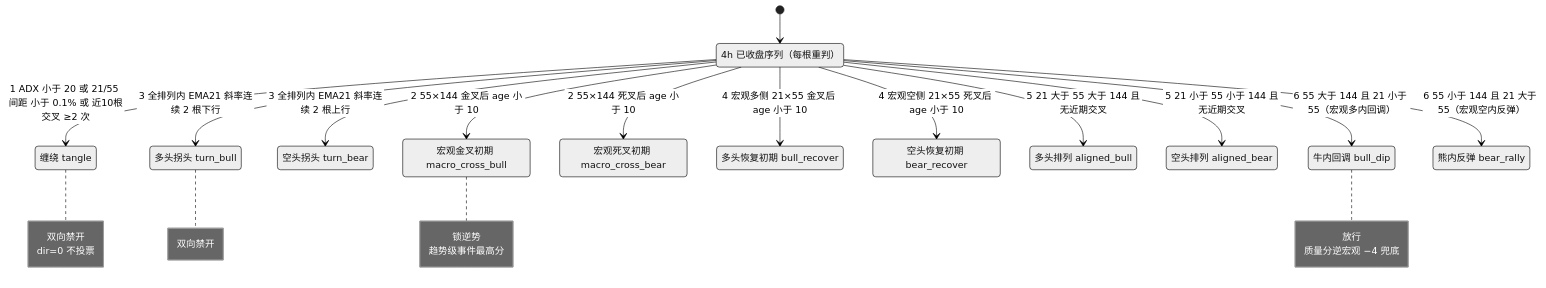
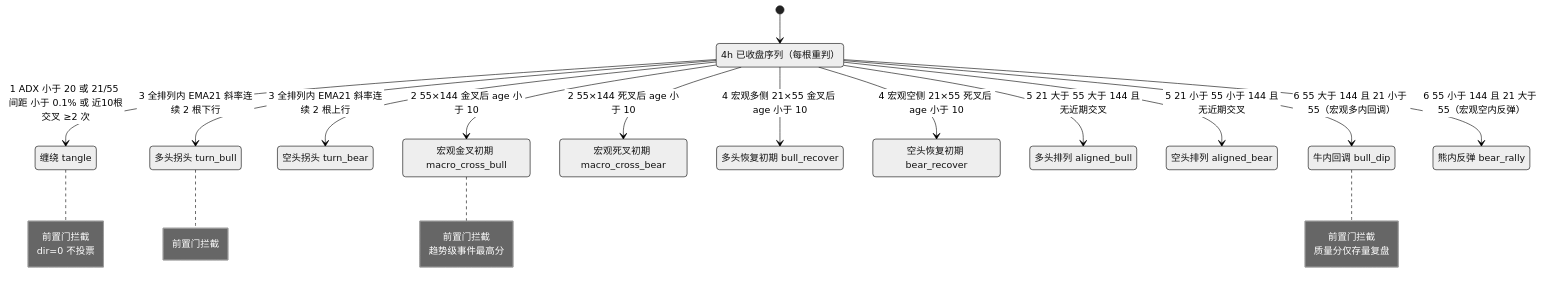
One commit to wwei-github/trading-workbench changed the second of 4 diagrams in docs/信号与形态/13-4H背景排列强度判定.md. Above: the diagram before and after it, drawn with Mermaid (neutral theme). The commit also changed other lines of this file and 24 other files, not shown here.

````diff
--- a/docs/信号与形态/13-4H背景排列强度判定.md
+++ b/docs/信号与形态/13-4H背景排列强度判定.md
@@ -96,35 +96,35 @@
 ```mermaid
 stateDiagram-v2
     direction TB
     state "4h 已收盘序列（每根重判）" as E
     [*] --> E
 
     state "缠绕 tangle" as tangle
     state "多头拐头 turn_bull" as turn_bull
     state "空头拐头 turn_bear" as turn_bear
     state "宏观金叉初期 macro_cross_bull" as macro_cross_bull
     state "宏观死叉初期 macro_cross_bear" as macro_cross_bear
     state "多头恢复初期 bull_recover" as bull_recover
     state "空头恢复初期 bear_recover" as bear_recover
     state "多头排列 aligned_bull" as aligned_bull
     state "空头排列 aligned_bear" as aligned_bear
     state "牛内回调 bull_dip" as bull_dip
     state "熊内反弹 bear_rally" as bear_rally
 
     E --> tangle : 1 ADX 小于 20 或 21/55 间距 小于 0.1% 或 近10根交叉 ≥2 次
     E --> macro_cross_bull : 2 55×144 金叉后 age 小于 10
     E --> macro_cross_bear : 2 55×144 死叉后 age 小于 10
     E --> turn_bull : 3 全排列内 EMA21 斜率连续 2 根下行
     E --> turn_bear : 3 全排列内 EMA21 斜率连续 2 根上行
     E --> bull_recover : 4 宏观多侧 21×55 金叉后 age 小于 10
     E --> bear_recover : 4 宏观空侧 21×55 死叉后 age 小于 10
     E --> aligned_bull : 5 21 大于 55 大于 144 且无近期交叉
     E --> aligned_bear : 5 21 小于 55 小于 144 且无近期交叉
     E --> bull_dip : 6 55 大于 144 且 21 小于 55（宏观多内回调）
     E --> bear_rally : 6 55 小于 144 且 21 大于 55（宏观空内反弹）
 
-    note right of tangle : 双向禁开<br/>dir=0 不投票
-    note right of turn_bull : 双向禁开
-    note right of macro_cross_bull : 锁逆势<br/>趋势级事件最高分
-    note right of bull_dip : 放行<br/>质量分逆宏观 −4 兜底
+    note right of tangle : 前置门拦截<br/>dir=0 不投票
+    note right of turn_bull : 前置门拦截
+    note right of macro_cross_bull : 前置门拦截<br/>趋势级事件最高分
+    note right of bull_dip : 前置门拦截<br/>质量分仅存量复盘
 ```
````
